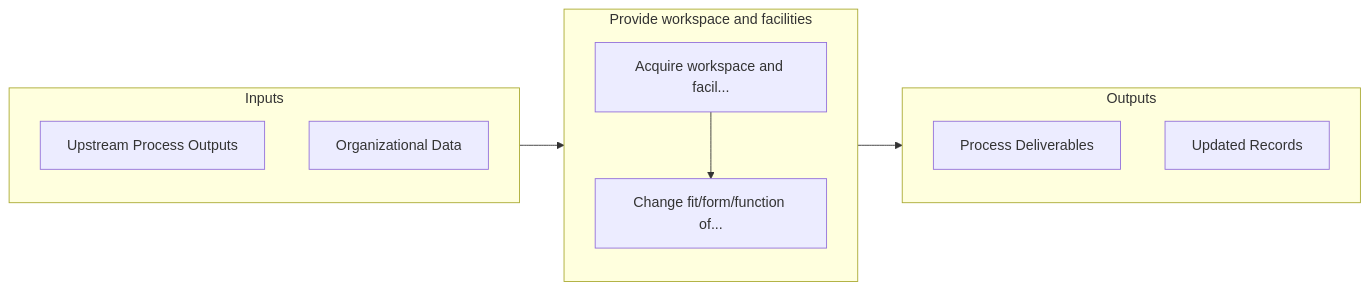
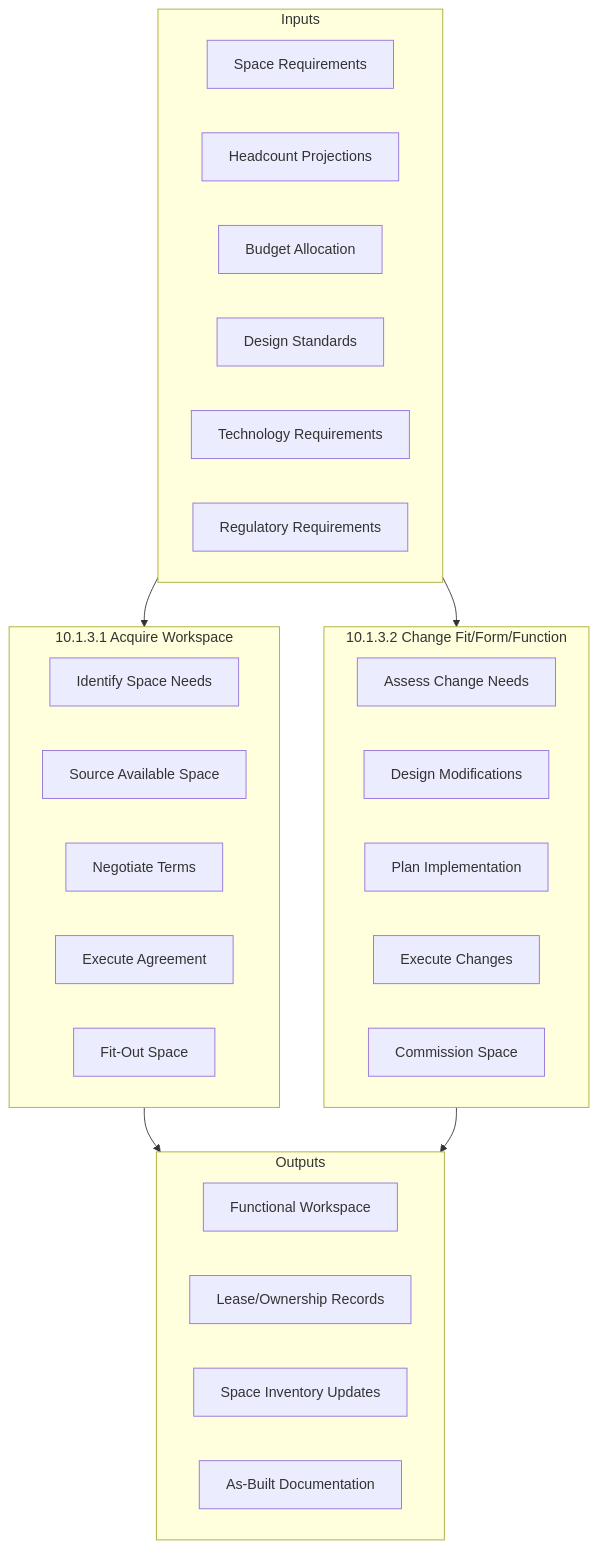
One commit to kziemski/business.org.ai changed the second of 3 diagrams in processes/10-Assets/10.1-PlanAcquireAssets/10.1.3-ProvideWorkspaceFacilities/index.mdx. Above: the diagram before and after it, drawn with Mermaid. The commit also changed other lines of this file and 885 other files, not shown here.

````diff
--- a/processes/10-Assets/10.1-PlanAcquireAssets/10.1.3-ProvideWorkspaceFacilities/index.mdx
+++ b/processes/10-Assets/10.1-PlanAcquireAssets/10.1.3-ProvideWorkspaceFacilities/index.mdx
@@ -60,20 +49,39 @@
 ```mermaid
-flowchart LR
+flowchart TB
     subgraph Inputs["Inputs"]
-        I1["Upstream Process Outputs"]
-        I2["Organizational Data"]
+        I1["Space Requirements"]
+        I2["Headcount Projections"]
+        I3["Budget Allocation"]
+        I4["Design Standards"]
+        I5["Technology Requirements"]
+        I6["Regulatory Requirements"]
     end
 
-    subgraph Process["Provide workspace and facilities"]
-        S1["Acquire workspace and facil..."]
-        S2["Change fit/form/function of..."]
+    subgraph Acquire["10.1.3.1 Acquire Workspace"]
+        A1["Identify Space Needs"]
+        A2["Source Available Space"]
+        A3["Negotiate Terms"]
+        A4["Execute Agreement"]
+        A5["Fit-Out Space"]
+    end
+
+    subgraph Modify["10.1.3.2 Change Fit/Form/Function"]
+        M1["Assess Change Needs"]
+        M2["Design Modifications"]
+        M3["Plan Implementation"]
+        M4["Execute Changes"]
+        M5["Commission Space"]
     end
 
     subgraph Outputs["Outputs"]
-        O1["Process Deliverables"]
-        O2["Updated Records"]
+        OUT1["Functional Workspace"]
+        OUT2["Lease/Ownership Records"]
+        OUT3["Space Inventory Updates"]
+        OUT4["As-Built Documentation"]
     end
 
-    Inputs --> Process --> Outputs
-    S1 --> S2
+    Inputs --> Acquire
+    Inputs --> Modify
+    Acquire --> Outputs
+    Modify --> Outputs
 ```
````
